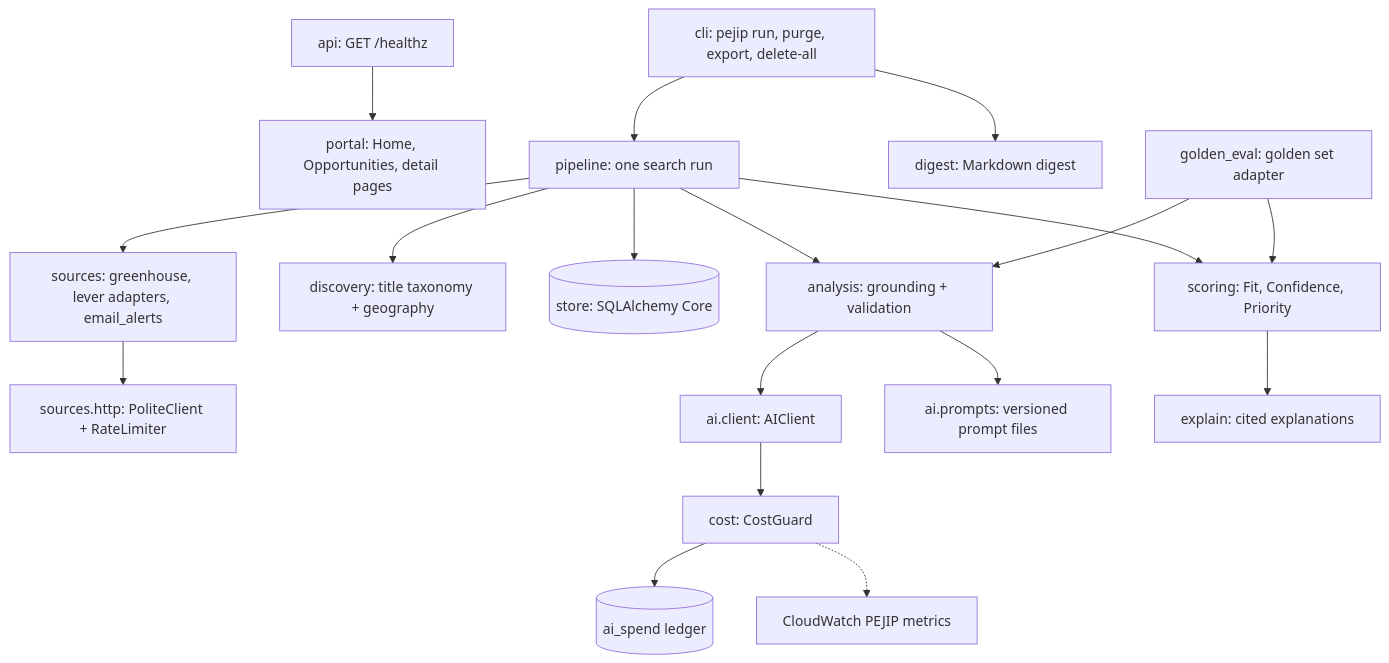
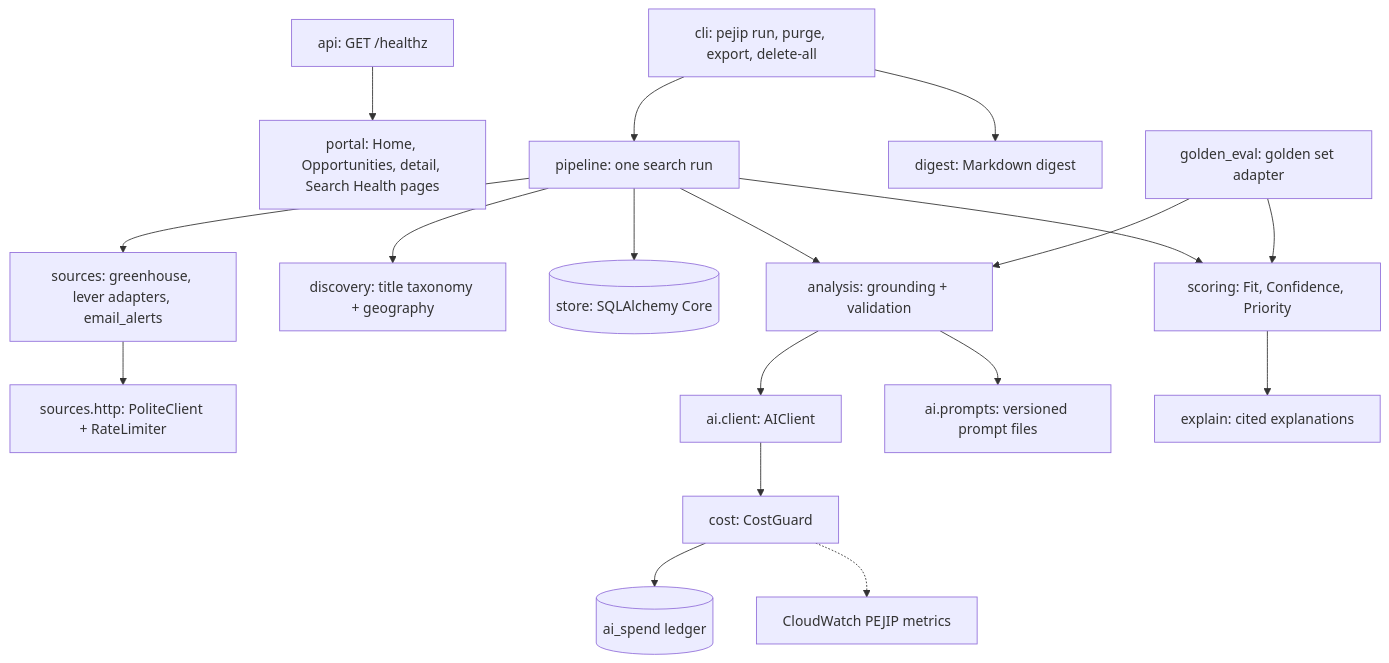
Before and after one commit to madduri-ops/PEJIP: the diagram in docs/architecture/components.md, drawn with Mermaid. The commit also changed other lines of this file and 9 other files, not shown here.

First line of the commit message:
Add the portal's Search Health page

````diff
--- a/docs/architecture/components.md
+++ b/docs/architecture/components.md
@@ -7,34 +7,34 @@
 ```mermaid
 flowchart TB
     api[api: GET /healthz]
-    portal[portal: Home, Opportunities, detail pages]
+    portal[portal: Home, Opportunities, detail, Search Health pages]
     api --> portal
     cli[cli: pejip run, purge, export, delete-all]
     pipe[pipeline: one search run]
     src[sources: greenhouse, lever adapters, email_alerts]
     http[sources.http: PoliteClient + RateLimiter]
     disc[discovery: title taxonomy + geography]
     store[(store: SQLAlchemy Core)]
     ana[analysis: grounding + validation]
     ai[ai.client: AIClient]
     guard[cost: CostGuard]
     ledger[(ai_spend ledger)]
     cw[CloudWatch PEJIP metrics]
     prompts[ai.prompts: versioned prompt files]
     score[scoring: Fit, Confidence, Priority]
     explain[explain: cited explanations]
     digest[digest: Markdown digest]
     evals[golden_eval: golden set adapter]
     cli --> pipe
     pipe --> src --> http
     pipe --> disc
     pipe --> store
     pipe --> ana --> ai
     ana --> prompts
     ai --> guard --> ledger
     guard -.-> cw
     pipe --> score --> explain
     cli --> digest
     evals --> ana
     evals --> score
 ```
````
